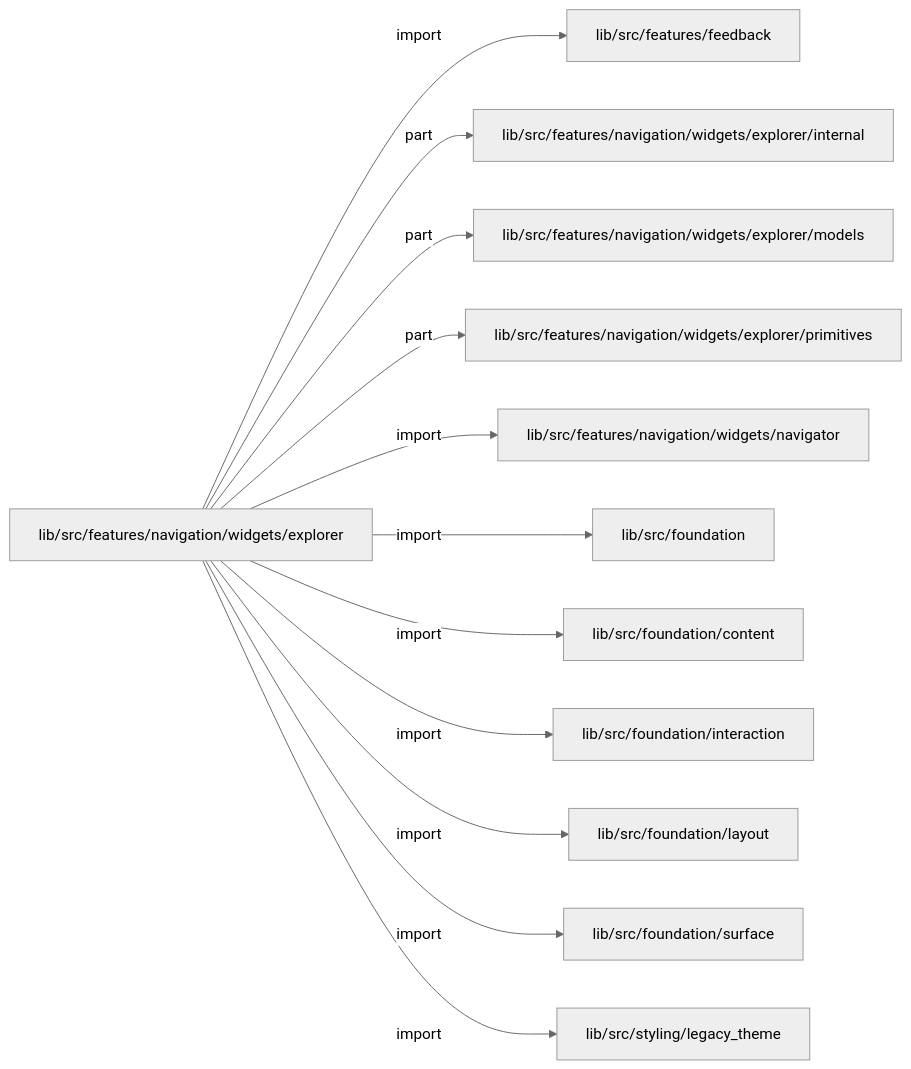
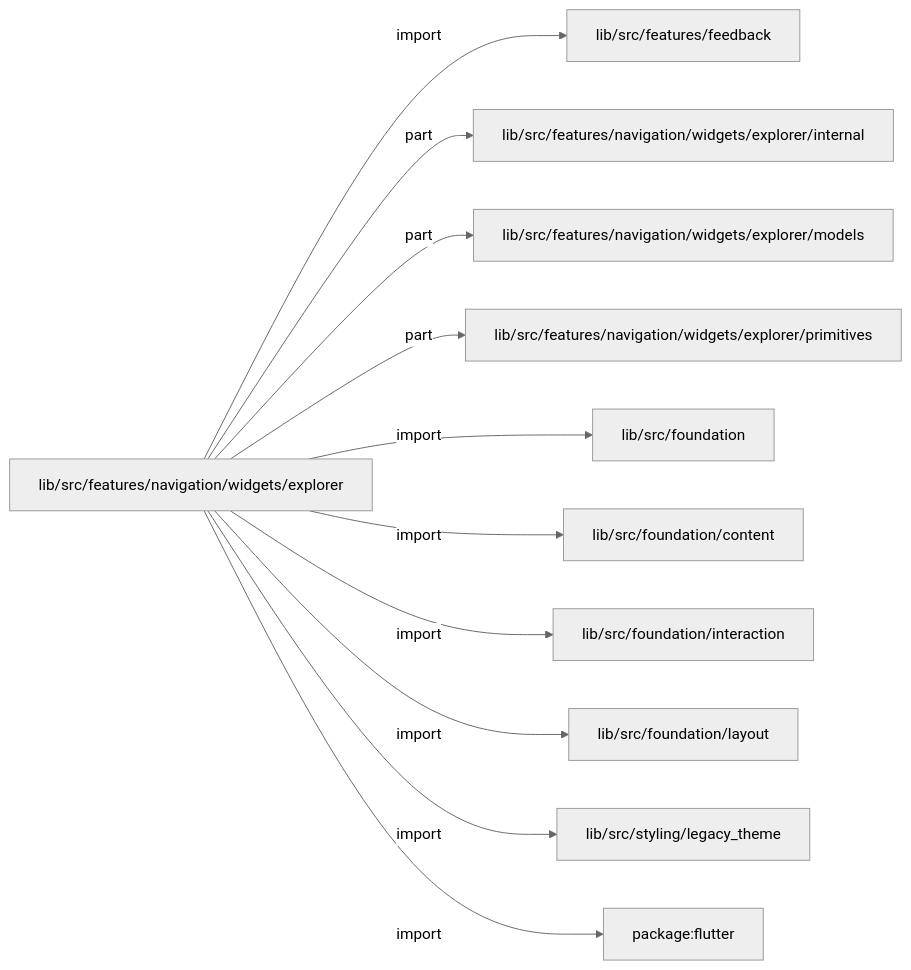
One commit to MiuDog/Kallopis changed the first of 2 diagrams in docs/architecture/src/features/navigation/widgets/explorer/README.md. Above: the diagram before and after it, drawn with Mermaid (neutral theme). The commit also changed other lines of this file and 2796 other files, not shown here.

````diff
--- a/docs/architecture/src/features/navigation/widgets/explorer/README.md
+++ b/docs/architecture/src/features/navigation/widgets/explorer/README.md
@@ -13,26 +13,24 @@
 ```mermaid
 flowchart LR
 	n0["lib/src/features/navigation/widgets/explorer"]
 	n1["lib/src/features/feedback"]
 	n2["lib/src/features/navigation/widgets/explorer/internal"]
 	n3["lib/src/features/navigation/widgets/explorer/models"]
 	n4["lib/src/features/navigation/widgets/explorer/primitives"]
-	n5["lib/src/features/navigation/widgets/navigator"]
-	n6["lib/src/foundation"]
-	n7["lib/src/foundation/content"]
-	n8["lib/src/foundation/interaction"]
-	n9["lib/src/foundation/layout"]
-	n10["lib/src/foundation/surface"]
-	n11["lib/src/styling/legacy_theme"]
+	n5["lib/src/foundation"]
+	n6["lib/src/foundation/content"]
+	n7["lib/src/foundation/interaction"]
+	n8["lib/src/foundation/layout"]
+	n9["lib/src/styling/legacy_theme"]
+	n10["package:flutter"]
 	n0 -->|"import"| n1
 	n0 -->|"part"| n2
 	n0 -->|"part"| n3
 	n0 -->|"part"| n4
 	n0 -->|"import"| n5
 	n0 -->|"import"| n6
 	n0 -->|"import"| n7
 	n0 -->|"import"| n8
 	n0 -->|"import"| n9
 	n0 -->|"import"| n10
-	n0 -->|"import"| n11
 ```
````
